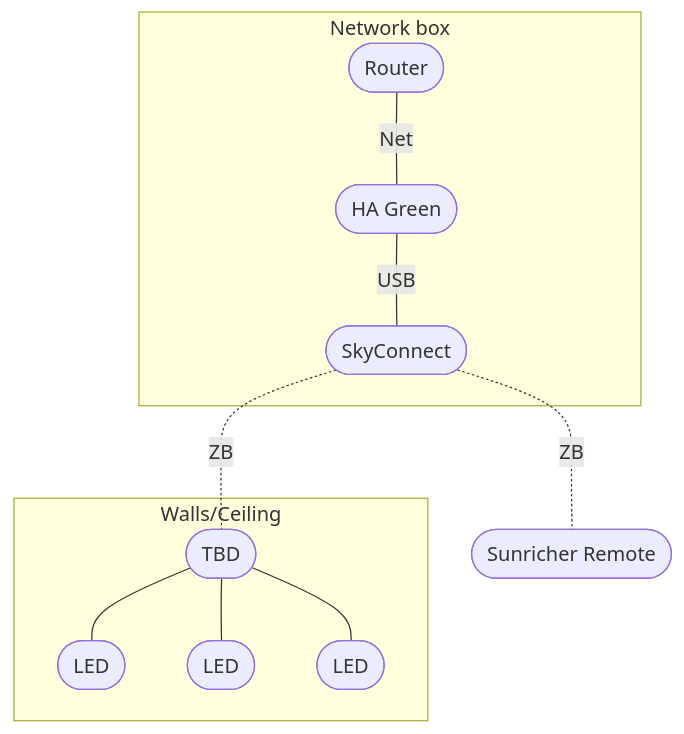
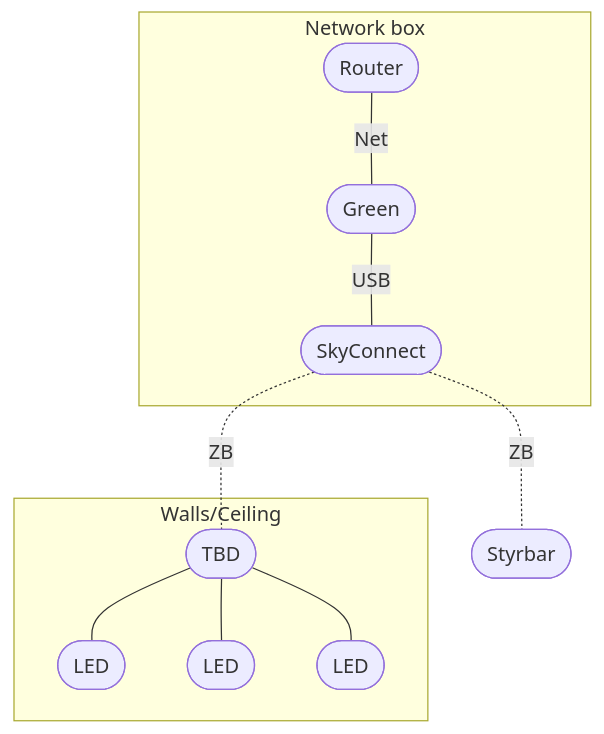
Before and after one commit to freenandes/topo-da-mente: the diagram in content/note/connected-home-switches.md, drawn with Mermaid.

Commit message:
Dec 15, 2023, 11:24 AM

````diff
--- a/content/note/connected-home-switches.md
+++ b/content/note/connected-home-switches.md
@@ -52,15 +52,15 @@
 ```mermaid
 flowchart TB
 subgraph nwb[Network box]
     iro([Router]) --Net---
-    has([HA Green]) --USB---
+    has([Green]) --USB---
     sky([SkyConnect])
 end
-sky -.ZB.- szr([Sunricher Remote])
+sky -.ZB.- rem([Styrbar])
 subgraph con[Walls/Ceiling]
     dsw([TBD]) --- ll1([LED])
     dsw --- ll2([LED])
     dsw --- ll3([LED])
 end 
 sky -.ZB.- dsw
 ```
````
